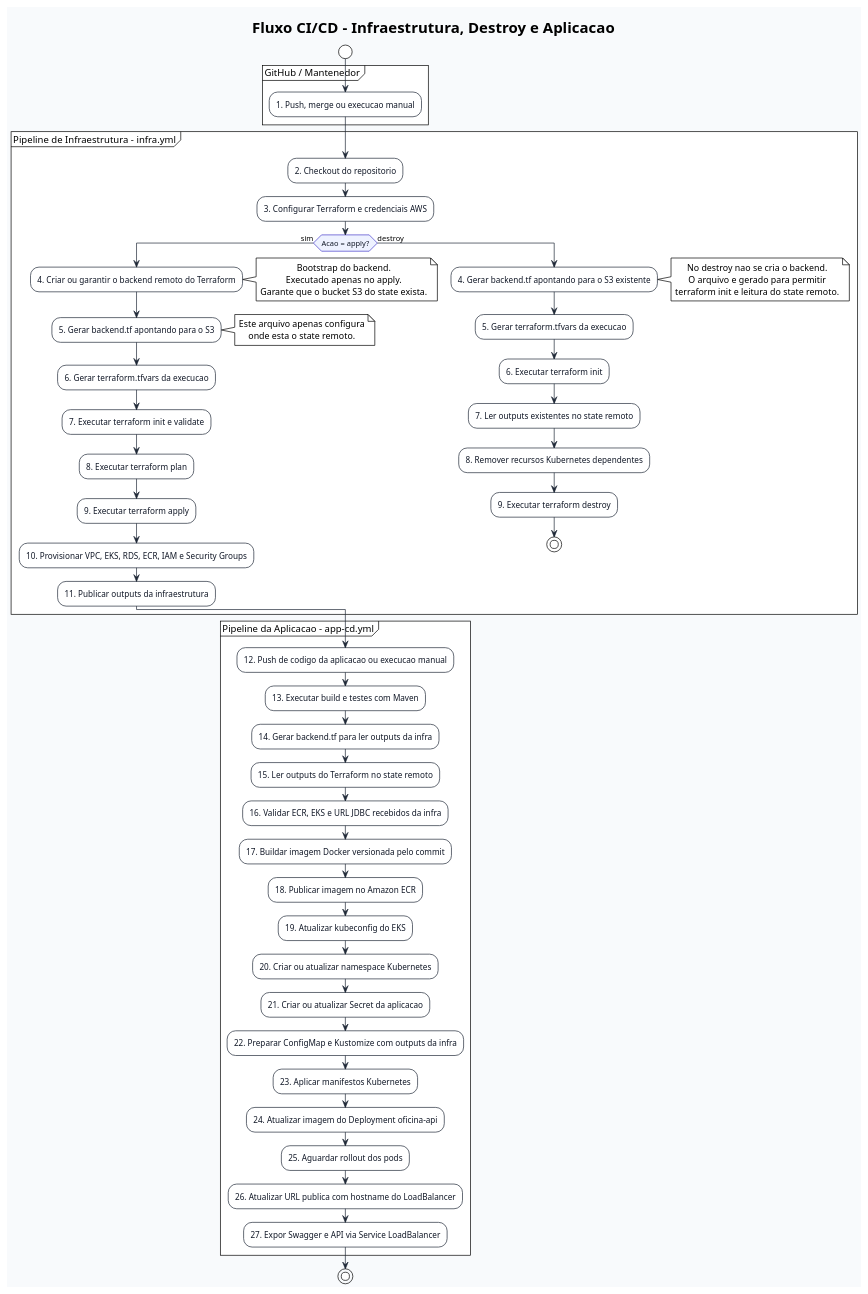
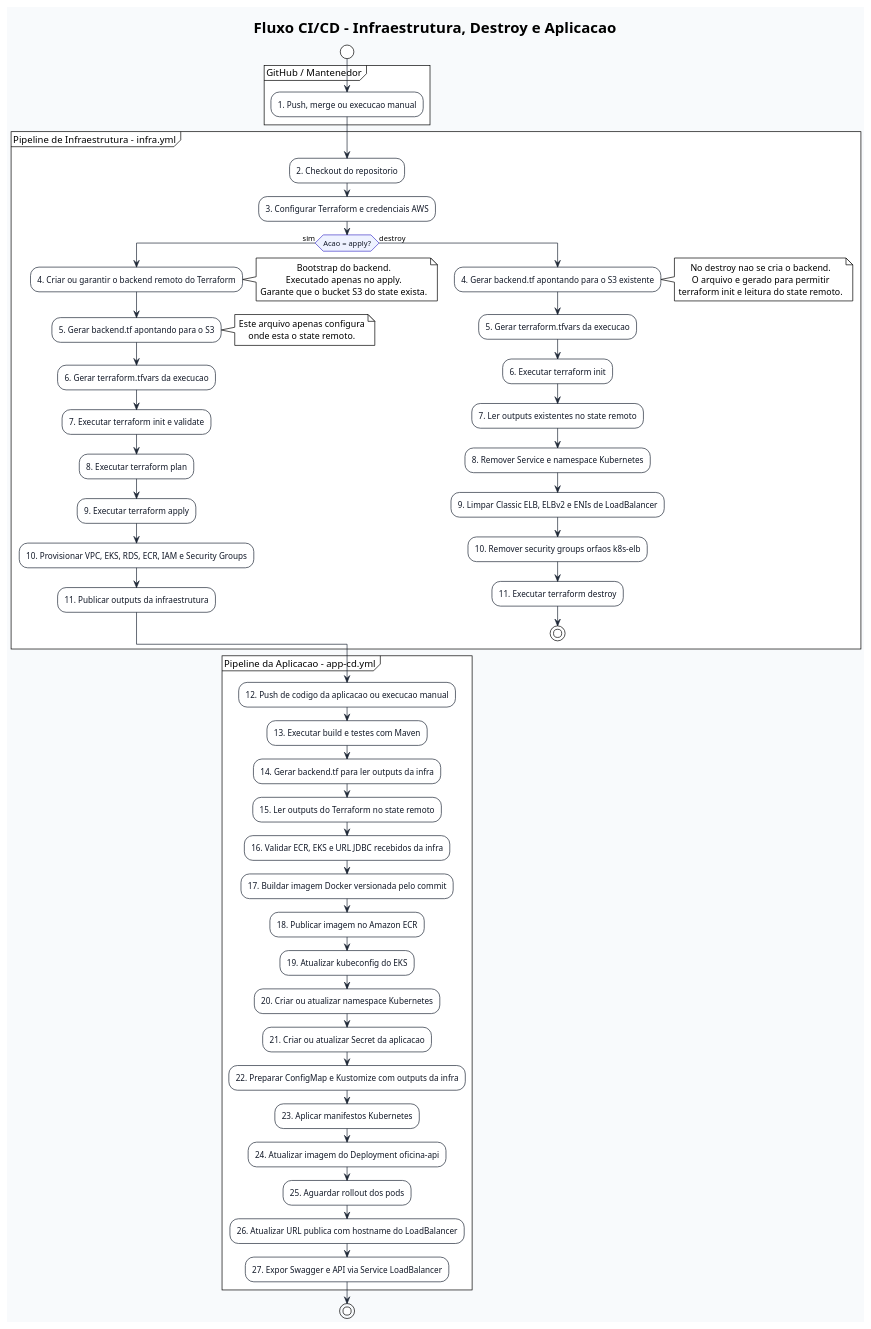
One commit to techdgconsulting/mvp-posfiap-oficina-mecanica changed the diagram in docs/diagramas/infra/deploy-flow.puml. Above: the diagram before and after it, drawn with PlantUML. The commit also changed 3 other files, not shown here.

```diff
--- a/docs/diagramas/infra/deploy-flow.puml
+++ b/docs/diagramas/infra/deploy-flow.puml
@@ -1,83 +1,85 @@
 @startuml deploy-flow
 !theme plain
 skinparam backgroundColor #F8FAFC
 skinparam shadowing false
 skinparam ArrowColor #1F2937
 skinparam defaultTextAlignment center
 skinparam activity {
   BackgroundColor #FFFFFF
   BorderColor #1F2937
   FontColor #111827
   DiamondBackgroundColor #EEF2FF
   DiamondBorderColor #4338CA
 }
 
 title Fluxo CI/CD - Infraestrutura, Destroy e Aplicacao
 
 start
 
 partition "GitHub / Mantenedor" {
   :1. Push, merge ou execucao manual;
 }
 
 partition "Pipeline de Infraestrutura - infra.yml" {
   :2. Checkout do repositorio;
   :3. Configurar Terraform e credenciais AWS;
 
   if (Acao = apply?) then (sim)
     :4. Criar ou garantir o backend remoto do Terraform;
     note right
       Bootstrap do backend.
       Executado apenas no apply.
       Garante que o bucket S3 do state exista.
     end note
 
     :5. Gerar backend.tf apontando para o S3;
     note right
       Este arquivo apenas configura
       onde esta o state remoto.
     end note
     :6. Gerar terraform.tfvars da execucao;
     :7. Executar terraform init e validate;
     :8. Executar terraform plan;
     :9. Executar terraform apply;
     :10. Provisionar VPC, EKS, RDS, ECR, IAM e Security Groups;
     :11. Publicar outputs da infraestrutura;
 
   else (destroy)
     :4. Gerar backend.tf apontando para o S3 existente;
     note right
       No destroy nao se cria o backend.
       O arquivo e gerado para permitir
       terraform init e leitura do state remoto.
     end note
     :5. Gerar terraform.tfvars da execucao;
     :6. Executar terraform init;
     :7. Ler outputs existentes no state remoto;
-    :8. Remover recursos Kubernetes dependentes;
-    :9. Executar terraform destroy;
+    :8. Remover Service e namespace Kubernetes;
+    :9. Limpar Classic ELB, ELBv2 e ENIs de LoadBalancer;
+    :10. Remover security groups orfaos k8s-elb;
+    :11. Executar terraform destroy;
     stop
   endif
 }
 
 partition "Pipeline da Aplicacao - app-cd.yml" {
   :12. Push de codigo da aplicacao ou execucao manual;
   :13. Executar build e testes com Maven;
   :14. Gerar backend.tf para ler outputs da infra;
   :15. Ler outputs do Terraform no state remoto;
   :16. Validar ECR, EKS e URL JDBC recebidos da infra;
   :17. Buildar imagem Docker versionada pelo commit;
   :18. Publicar imagem no Amazon ECR;
   :19. Atualizar kubeconfig do EKS;
   :20. Criar ou atualizar namespace Kubernetes;
   :21. Criar ou atualizar Secret da aplicacao;
   :22. Preparar ConfigMap e Kustomize com outputs da infra;
   :23. Aplicar manifestos Kubernetes;
   :24. Atualizar imagem do Deployment oficina-api;
   :25. Aguardar rollout dos pods;
   :26. Atualizar URL publica com hostname do LoadBalancer;
   :27. Expor Swagger e API via Service LoadBalancer;
 }
 
 stop
 @enduml
```
